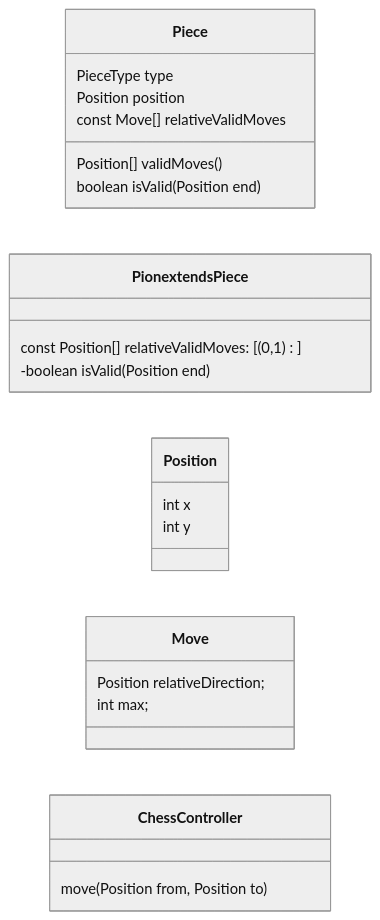
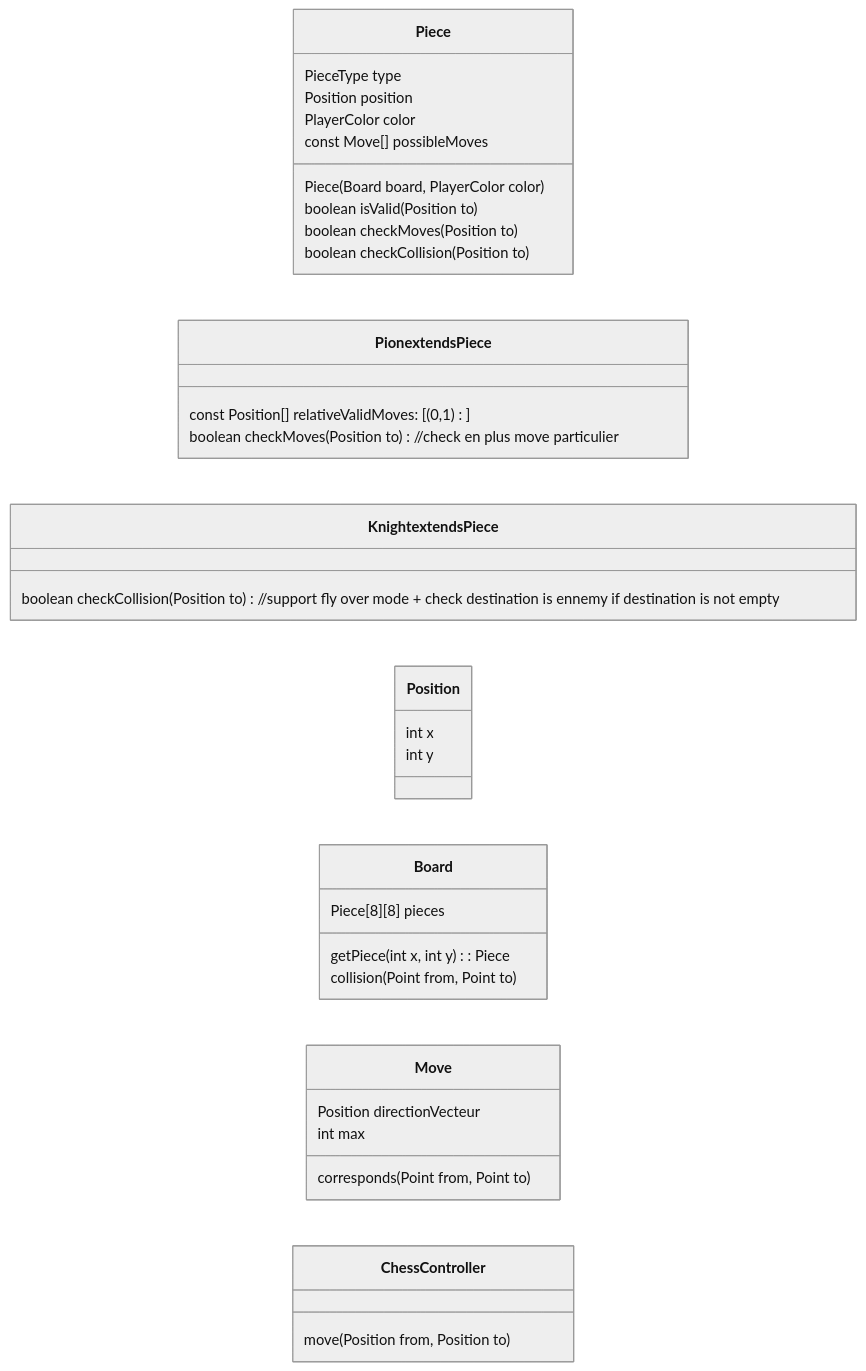
One commit to samuelroland/POO-Labo8-Echecs changed the diagram in todos.md. Above: the diagram before and after it, drawn with Mermaid (neutral theme). The commit also changed other lines of this file, not shown here.

Commit message:
Save progress in mega brainstorm

````diff
--- a/todos.md
+++ b/todos.md
@@ -17,31 +17,48 @@
 ```mermaid
 classDiagram
 direction LR
 class Piece {
 	PieceType type
 	Position position
-	Position[] validMoves()
-	boolean isValid(Position end)
-	const Move[] relativeValidMoves
+	PlayerColor color
+
+	Piece(Board board, PlayerColor color)
+	boolean isValid(Position to)
+	boolean checkMoves(Position to)
+	boolean checkCollision(Position to)
+	const Move[] possibleMoves
 }
 
 class Pion extends Piece {
 	const Position[] relativeValidMoves: [(0,1)]
-	-boolean isValid(Position end)
+	boolean checkMoves(Position to)//check en plus move particulier
+
+}
+
+class Knight extends Piece {
+	boolean checkCollision(Position to) //support fly over mode + check destination is ennemy if destination is not empty
 }
 
 class Position {
 	int x
 	int y
 }
 
+class Board {
+	Piece[8][8] pieces
+	getPiece(int x, int y): Piece
+	collision(Point from, Point to)
+}
+
 class Move {
-	Position relativeDirection;
-	int max;
+	Position directionVecteur
+	int max
+
+	corresponds(Point from, Point to)
 }
 
 class ChessController {
 	move(Position from, Position to)
 }
 
 ```
````
